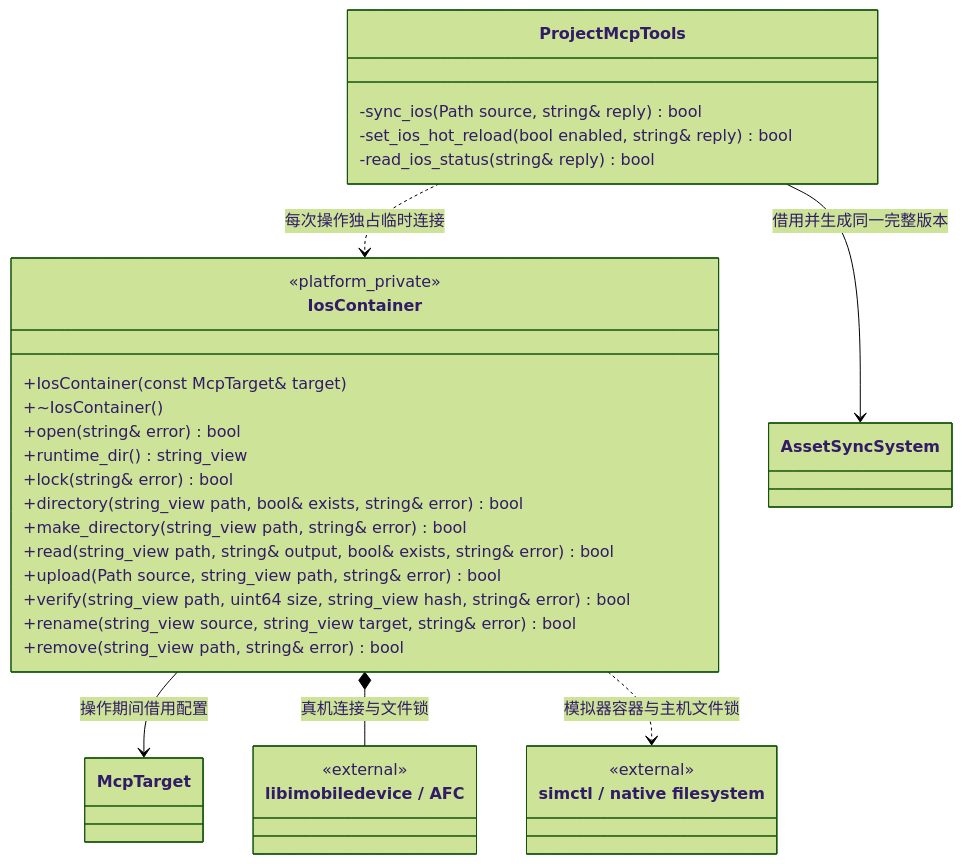
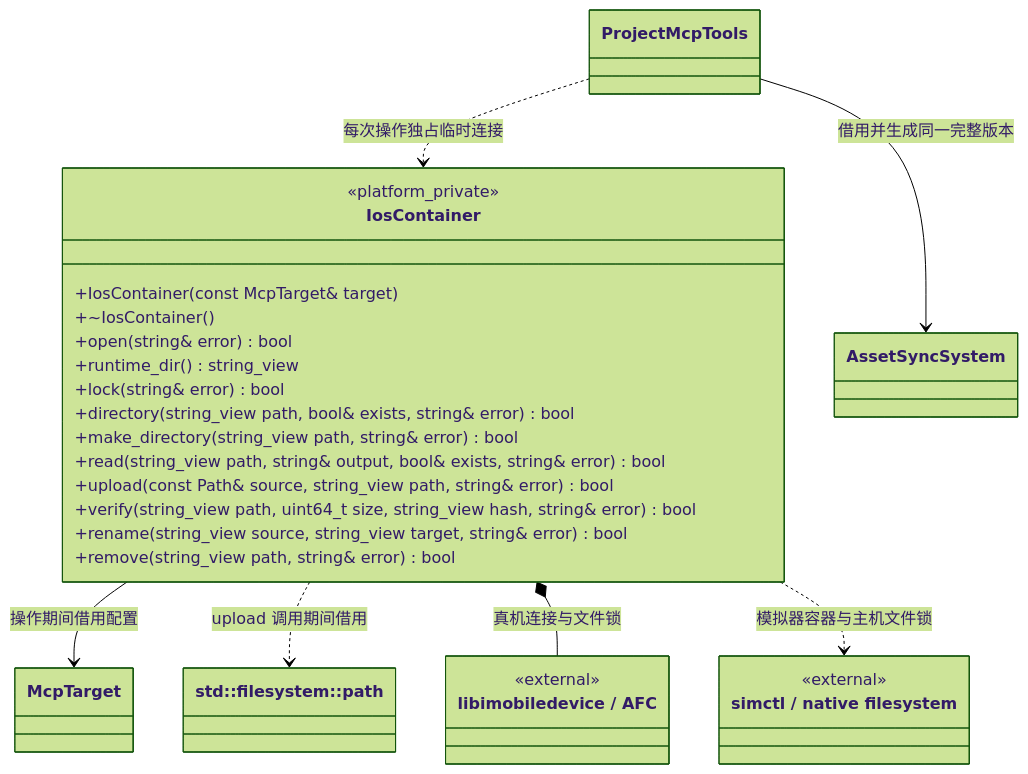
One commit to lcals/Engine changed the second of 2 diagrams in docs/plugins/editor/class-diagrams/project-mcp-tools.md. Above: the diagram before and after it, drawn with Mermaid (forest theme). The commit also changed other lines of this file and 17 other files, not shown here.

First line of the commit message:
Fix iOS lifecycle cleanup, container status and signing identity

````diff
--- a/docs/plugins/editor/class-diagrams/project-mcp-tools.md
+++ b/docs/plugins/editor/class-diagrams/project-mcp-tools.md
@@ -82,37 +85,35 @@
 ```mermaid
 classDiagram
     direction TB
-    class ProjectMcpTools {
-        -sync_ios(Path source, string& reply) bool
-        -set_ios_hot_reload(bool enabled, string& reply) bool
-        -read_ios_status(string& reply) bool
-    }
+    class ProjectMcpTools
     class IosContainer {
         <<platform_private>>
         +IosContainer(const McpTarget& target)
         +~IosContainer()
         +open(string& error) bool
         +runtime_dir() string_view
         +lock(string& error) bool
         +directory(string_view path, bool& exists, string& error) bool
         +make_directory(string_view path, string& error) bool
         +read(string_view path, string& output, bool& exists, string& error) bool
-        +upload(Path source, string_view path, string& error) bool
-        +verify(string_view path, uint64 size, string_view hash, string& error) bool
+        +upload(const Path& source, string_view path, string& error) bool
+        +verify(string_view path, uint64_t size, string_view hash, string& error) bool
         +rename(string_view source, string_view target, string& error) bool
         +remove(string_view path, string& error) bool
     }
     class McpTarget
+    class Path["std::filesystem::path"]
     class AssetSyncSystem
     class AppContainerAfc["libimobiledevice / AFC"] {
         <<external>>
     }
     class SimulatorContainer["simctl / native filesystem"] {
         <<external>>
     }
     ProjectMcpTools ..> IosContainer : 每次操作独占临时连接
     ProjectMcpTools --> AssetSyncSystem : 借用并生成同一完整版本
     IosContainer --> McpTarget : 操作期间借用配置
+    IosContainer ..> Path : upload 调用期间借用
     IosContainer *-- AppContainerAfc : 真机连接与文件锁
     IosContainer ..> SimulatorContainer : 模拟器容器与主机文件锁
 ```
````
